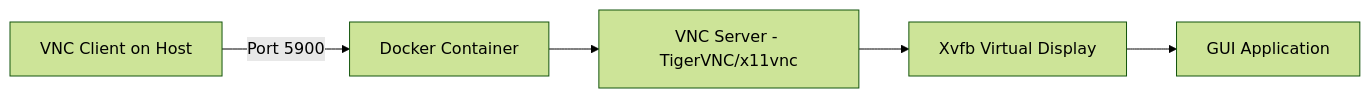
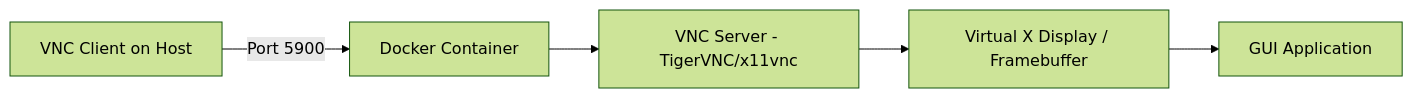
Before and after one commit to OneUptime/blog: the diagram in posts/2026-02-08-how-to-use-docker-desktop-with-virtual-network-computing/README.md, drawn with Mermaid (forest theme). The commit also changed other lines of this file and 2 other files, not shown here.

Commit message:
validate: 2026-02-08-how-to-use-docker-desktop-with-virtual-network-computing

````diff
--- a/posts/2026-02-08-how-to-use-docker-desktop-with-virtual-network-computing/README.md
+++ b/posts/2026-02-08-how-to-use-docker-desktop-with-virtual-network-computing/README.md
@@ -21,7 +21,7 @@
 ```mermaid
 graph LR
     A[VNC Client on Host] -->|Port 5900| B[Docker Container]
     B --> C[VNC Server - TigerVNC/x11vnc]
-    C --> D[Xvfb Virtual Display]
+    C --> D[Virtual X Display / Framebuffer]
     D --> E[GUI Application]
 ```
````
